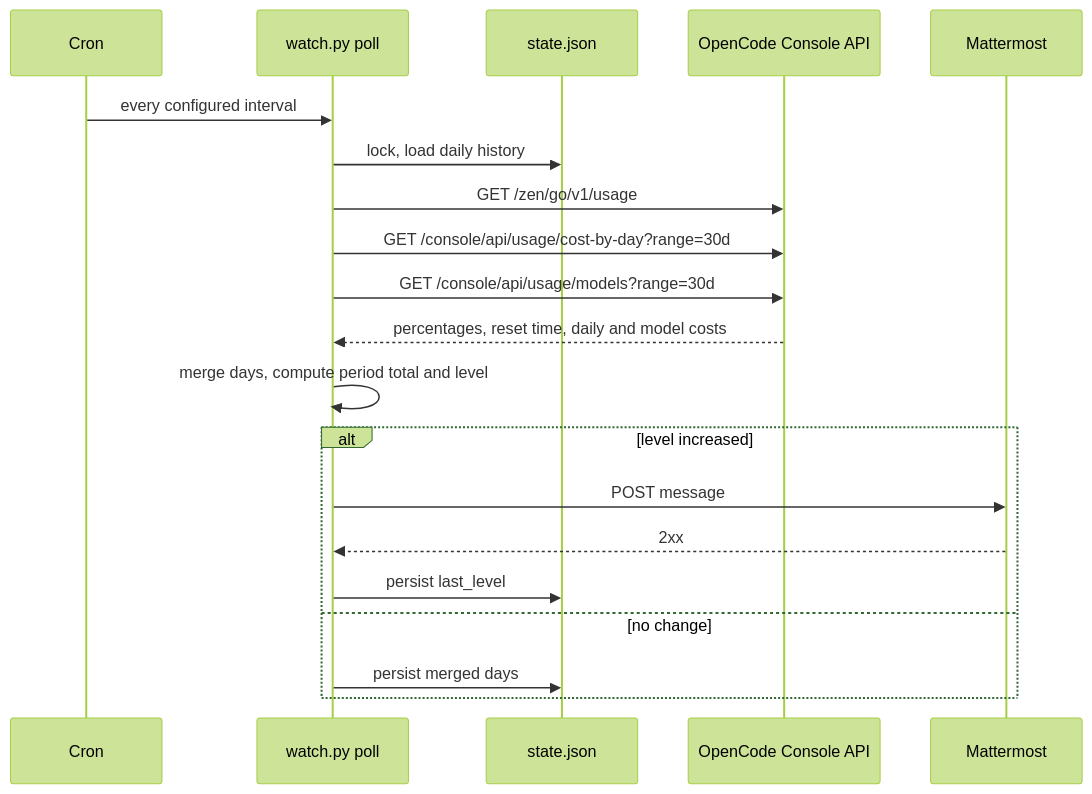
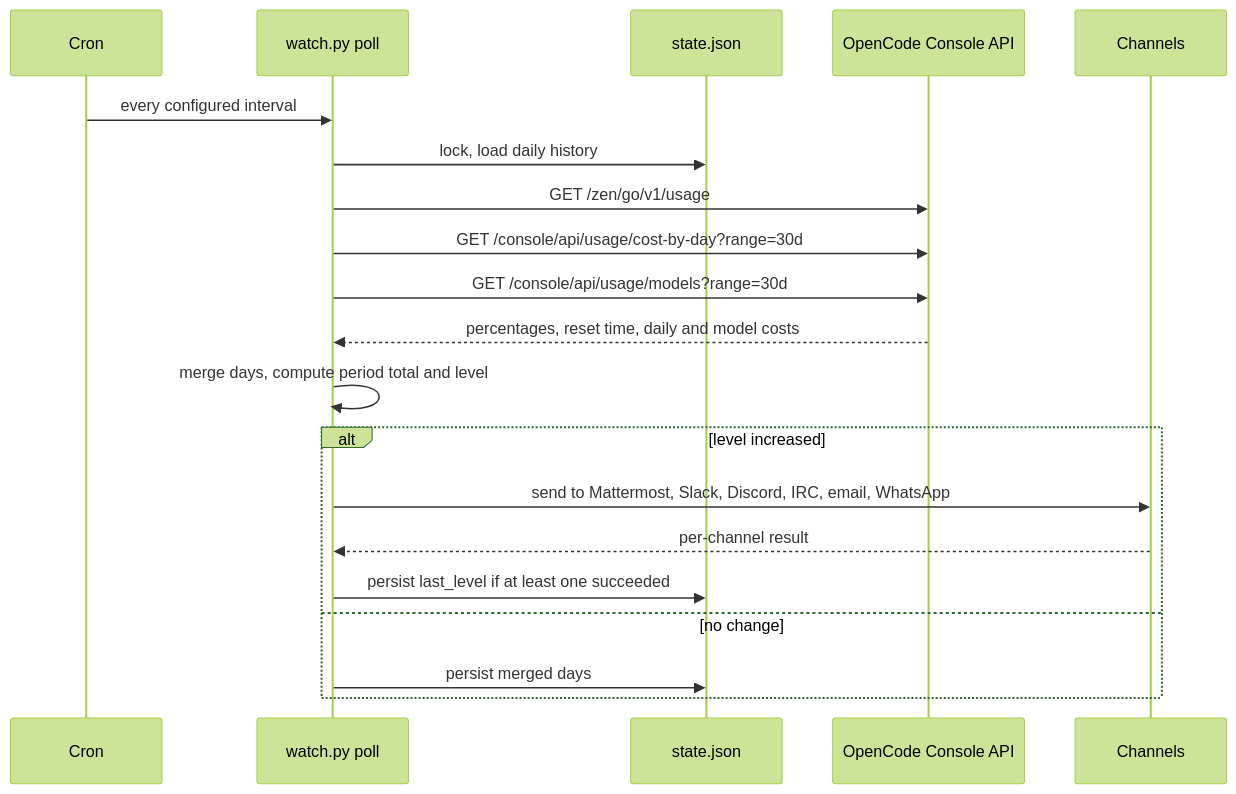
One commit to cusae/opencode-spend-watch changed the diagram in docs/architecture.md. Above: the diagram before and after it, drawn with Mermaid (forest theme). The commit also changed other lines of this file and 18 other files, not shown here.

First line of the commit message:
Add Slack, Discord, IRC, email, and WhatsApp channels

````diff
--- a/docs/architecture.md
+++ b/docs/architecture.md
@@ -26,23 +27,23 @@
 ```mermaid
 sequenceDiagram
     participant Cron
     participant Watch as watch.py poll
     participant State as state.json
     participant Console as OpenCode Console API
-    participant MM as Mattermost
+    participant Channels as Channels
 
     Cron->>Watch: every configured interval
     Watch->>State: lock, load daily history
     Watch->>Console: GET /zen/go/v1/usage
     Watch->>Console: GET /console/api/usage/cost-by-day?range=30d
     Watch->>Console: GET /console/api/usage/models?range=30d
     Console-->>Watch: percentages, reset time, daily and model costs
     Watch->>Watch: merge days, compute period total and level
     alt level increased
-        Watch->>MM: POST message
-        MM-->>Watch: 2xx
-        Watch->>State: persist last_level
+        Watch->>Channels: send to Mattermost, Slack, Discord, IRC, email, WhatsApp
+        Channels-->>Watch: per-channel result
+        Watch->>State: persist last_level if at least one succeeded
     else no change
         Watch->>State: persist merged days
     end
 ```
````
